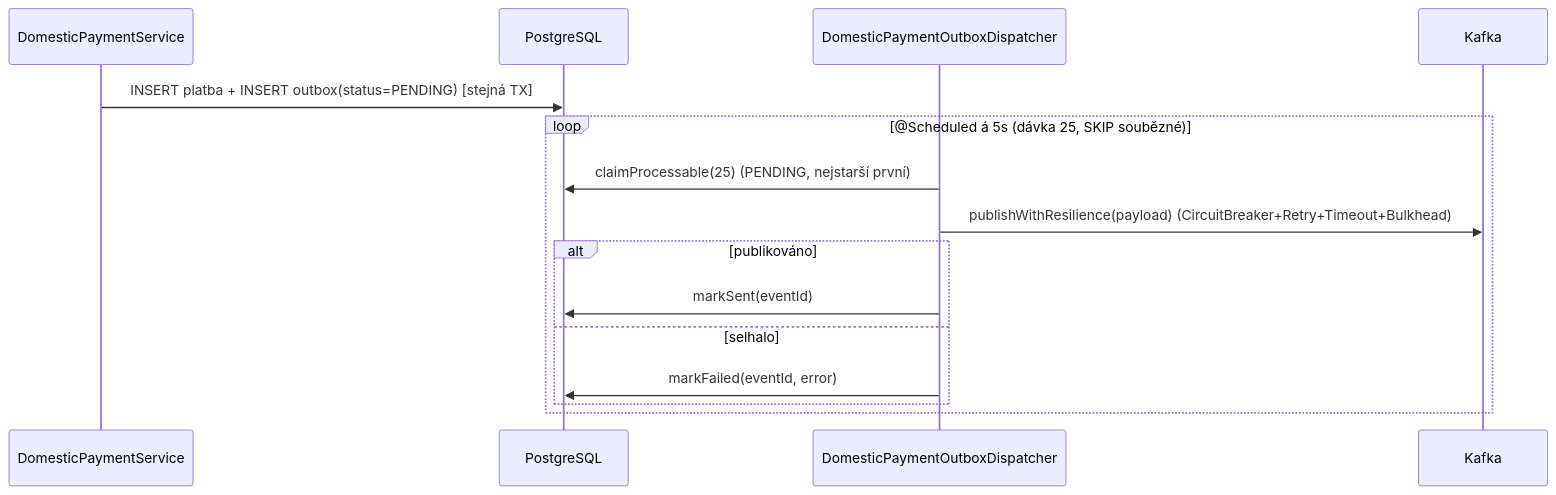
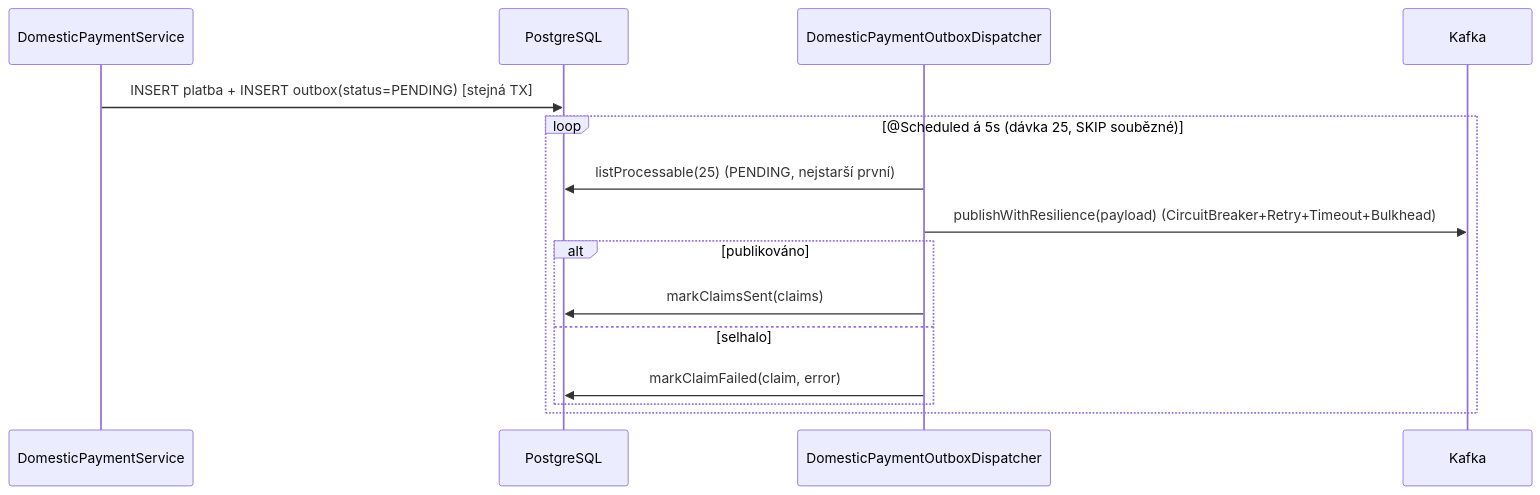
One commit to JiRaska/open-bank-oss changed the fourth of 4 diagrams in openbank-domestic-payment/src/main/resources/docs/02-architecture.cs.md. Above: the diagram before and after it, drawn with Mermaid. The commit also changed other lines of this file and 14 other files, not shown here.

````diff
--- a/openbank-domestic-payment/src/main/resources/docs/02-architecture.cs.md
+++ b/openbank-domestic-payment/src/main/resources/docs/02-architecture.cs.md
@@ -135,18 +135,18 @@
 ```mermaid
 sequenceDiagram
   participant S as DomesticPaymentService
   participant DB as PostgreSQL
   participant D as DomesticPaymentOutboxDispatcher
   participant K as Kafka
 
   S->>DB: INSERT platba + INSERT outbox(status=PENDING) [stejná TX]
   loop @Scheduled á 5s (dávka 25, SKIP soubězné)
-    D->>DB: claimProcessable(25)  (PENDING, nejstarší první)
+    D->>DB: listProcessable(25)  (PENDING, nejstarší první)
     D->>K: publishWithResilience(payload)  (CircuitBreaker+Retry+Timeout+Bulkhead)
     alt publikováno
-      D->>DB: markSent(eventId)
+      D->>DB: markClaimsSent(claims)
     else selhalo
-      D->>DB: markFailed(eventId, error)
+      D->>DB: markClaimFailed(claim, error)
     end
   end
 ```
````
